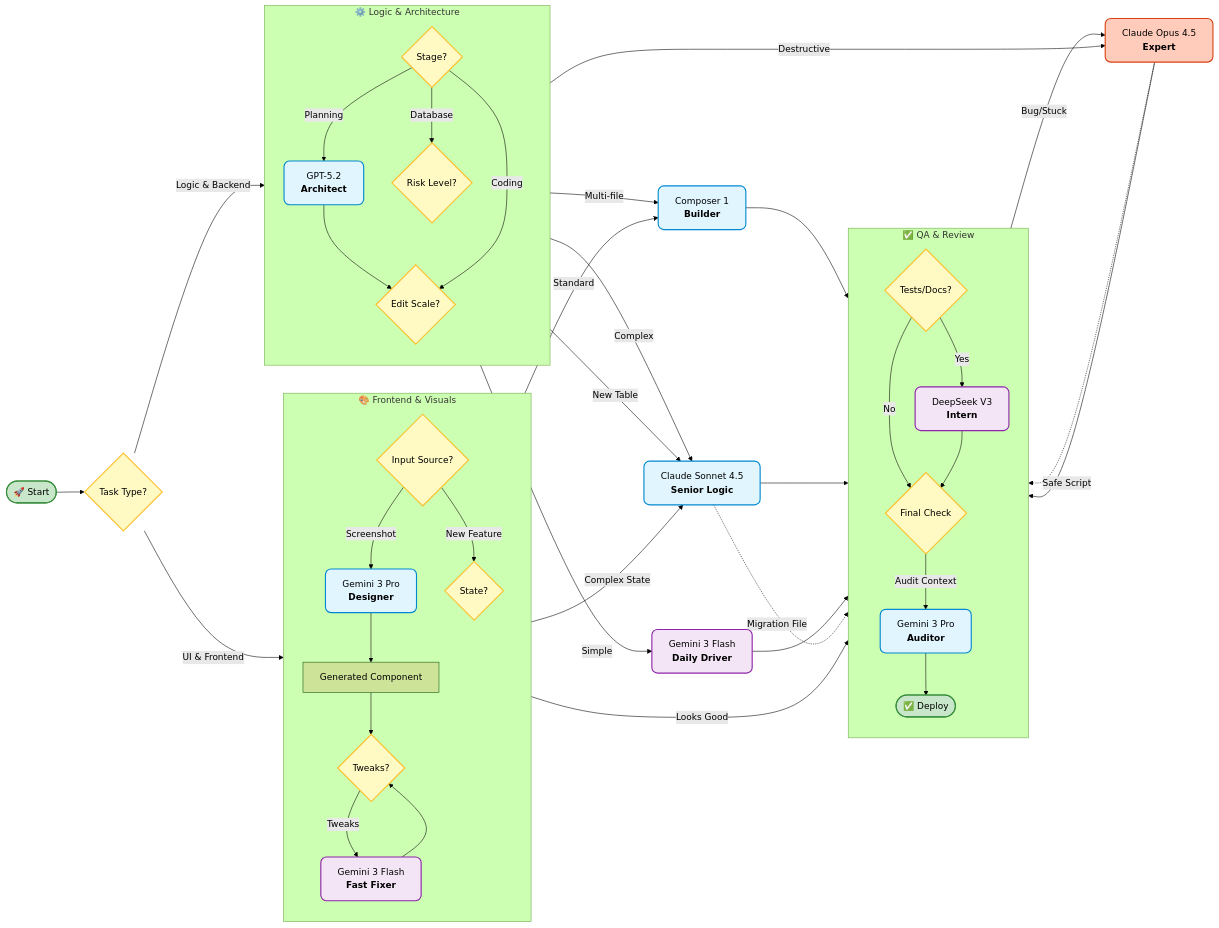
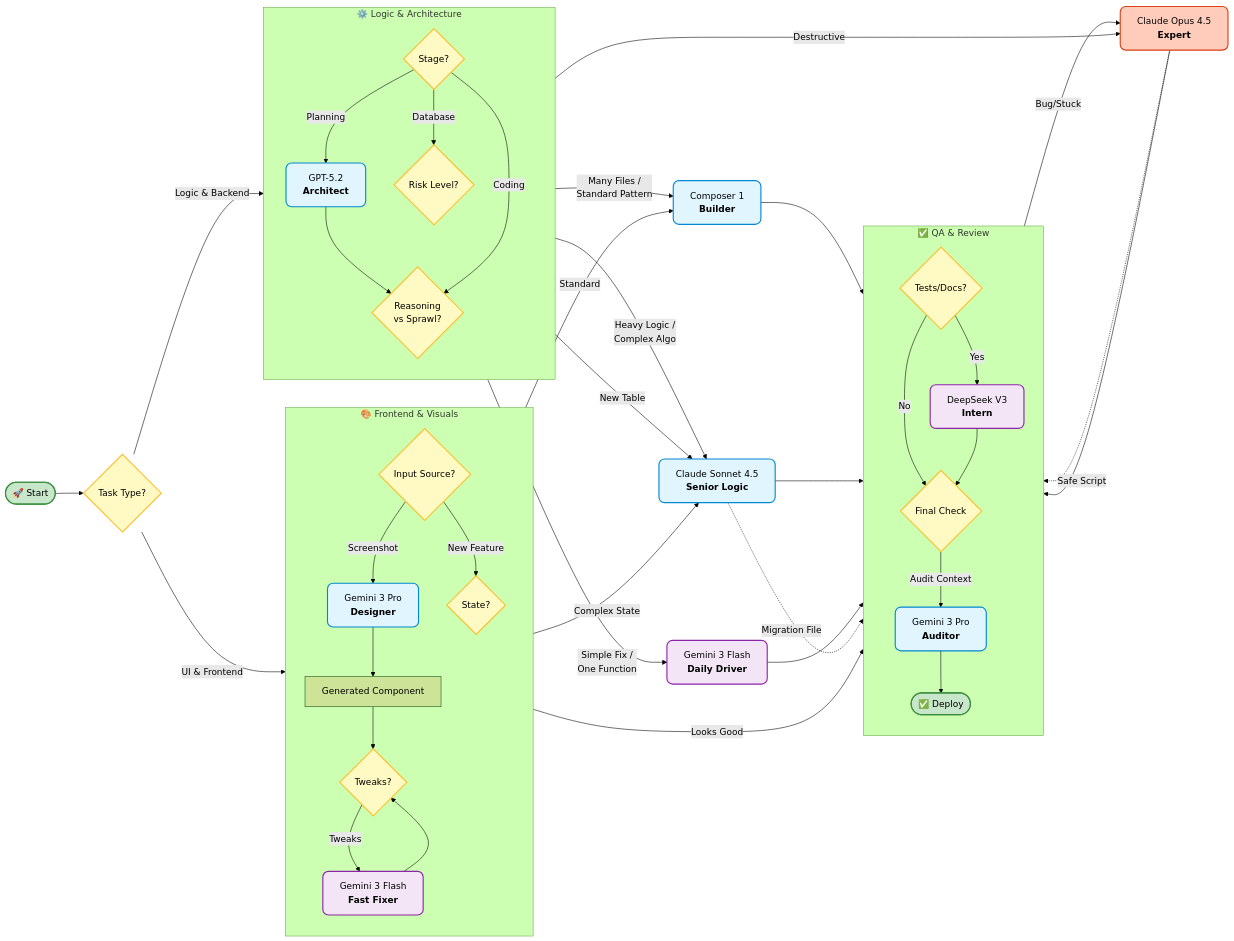
The diagram in README.md (measured-assets/cursor-model-decision-tree), drawn with Mermaid (forest theme) before and after one commit.

Commit message:
Update implementation choices and reasoning in README

```diff
--- a/README.md
+++ b/README.md
@@ -69,7 +69,7 @@
         Logic_Stage{Stage?}
         DBA{Risk Level?}
         Architect[GPT-5.2<br><b>Architect</b>]
-        Implementation{Edit Scale?}
+        Implementation{Reasoning <br> vs Sprawl?}
     end
 
     %% ==========================================
@@ -120,9 +120,9 @@
     Logic_Stage -- "Database" --> DBA
 
     %% Implementation Choices
-    Implementation -- "Multi-file" --> Composer
-    Implementation -- "Complex" --> Senior
-    Implementation -- "Simple" --> Daily
+    Implementation -- "Many Files / <br> Standard Pattern" --> Composer
+    Implementation -- "Heavy Logic / <br> Complex Algo" --> Senior
+    Implementation -- "Simple Fix / <br> One Function" --> Daily
 
     %% Database Choices
     DBA -- "New Table" --> Senior
```
